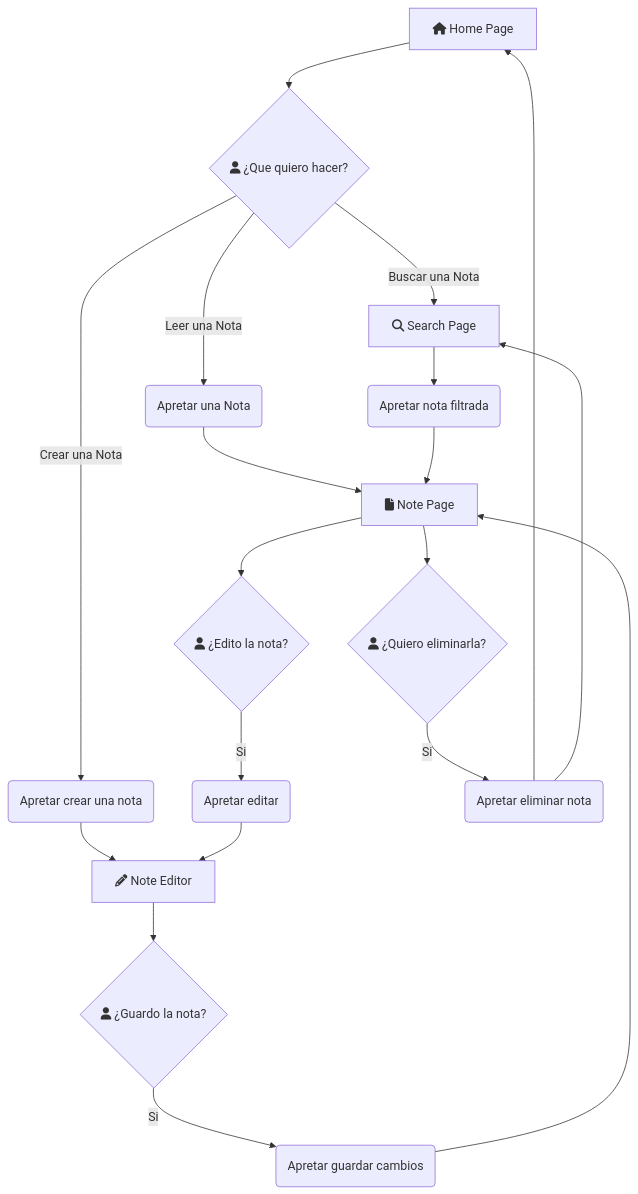
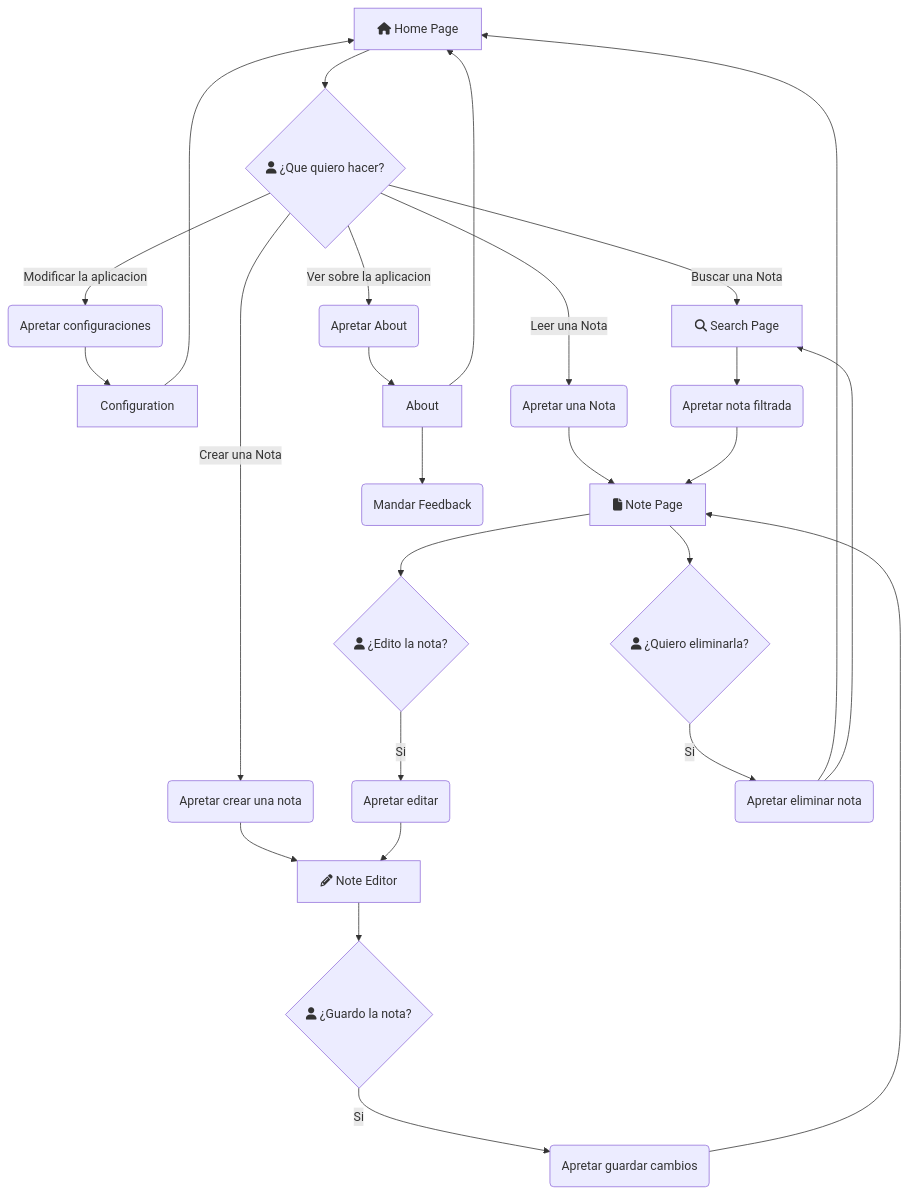
One commit to Kiivu1/DoodleNote changed the diagram in README.md. Above: the diagram before and after it, drawn with Mermaid. The commit also changed other lines of this file and 42 other files, not shown here.

````diff
--- a/README.md
+++ b/README.md
@@ -31,24 +51,32 @@
 ```mermaid
-flowchart TD
-    Home[fa:fa-home Home Page]
-    NotePage[fa:fa-file Note Page]
-    NoteEditor[fa:fa-pencil Note Editor]
-    SearchPage[fa:fa-search Search Page]
+    flowchart TD
+        Home[fa:fa-home Home Page]
+        NotePage[fa:fa-file Note Page]
+        NoteEditor[fa:fa-pencil Note Editor]
+        SearchPage[fa:fa-search Search Page]
+        config[Configuration]
+        about[About]
 
-    Act{fa:fa-user ¿Que quiero hacer?}
-    Act2{fa:fa-user ¿Quiero eliminarla?}
-    Act3{fa:fa-user ¿Guardo la nota?}
-    Act4{fa:fa-user ¿Edito la nota?}
+        Act{fa:fa-user ¿Que quiero hacer?}
+        Act2{fa:fa-user ¿Quiero eliminarla?}
+        Act3{fa:fa-user ¿Guardo la nota?}
+        Act4{fa:fa-user ¿Edito la nota?}
 
-    Home --> Act
-    Act --> |Buscar una Nota| SearchPage
-    Act --> |Leer una Nota| Y(Apretar una Nota) --> NotePage
-    Act --> |Crear una Nota| R(Apretar crear una nota) --> NoteEditor
+        Home --> Act
+        Act --> |Buscar una Nota| SearchPage
+        Act --> |Leer una Nota| Y(Apretar una Nota) --> NotePage
+        Act --> |Crear una Nota| R(Apretar crear una nota) --> NoteEditor
+        Act --> |Modificar la aplicacion| Z(Apretar configuraciones) --> config
+        Act --> |Ver sobre la aplicacion| P(Apretar About) --> about
 
-    SearchPage --> U(Apretar nota filtrada) --> NotePage
-    NotePage --> Act4 --> |Si| I(Apretar editar) -->NoteEditor
-    NoteEditor --> Act3
-    Act3 --> |Si| Q(Apretar guardar cambios) --> NotePage
+        config --> Home
+        about --> T(Mandar Feedback)
+        about --> Home
 
-    NotePage --> Act2 --> |Si| D(Apretar eliminar nota) --> Home & SearchPage
+        SearchPage --> U(Apretar nota filtrada) --> NotePage
+        NotePage --> Act4 --> |Si| I(Apretar editar) -->NoteEditor
+        NoteEditor --> Act3
+        Act3 --> |Si| Q(Apretar guardar cambios) --> NotePage
+
+        NotePage --> Act2 --> |Si| D(Apretar eliminar nota) --> Home & SearchPage
 ```
````
